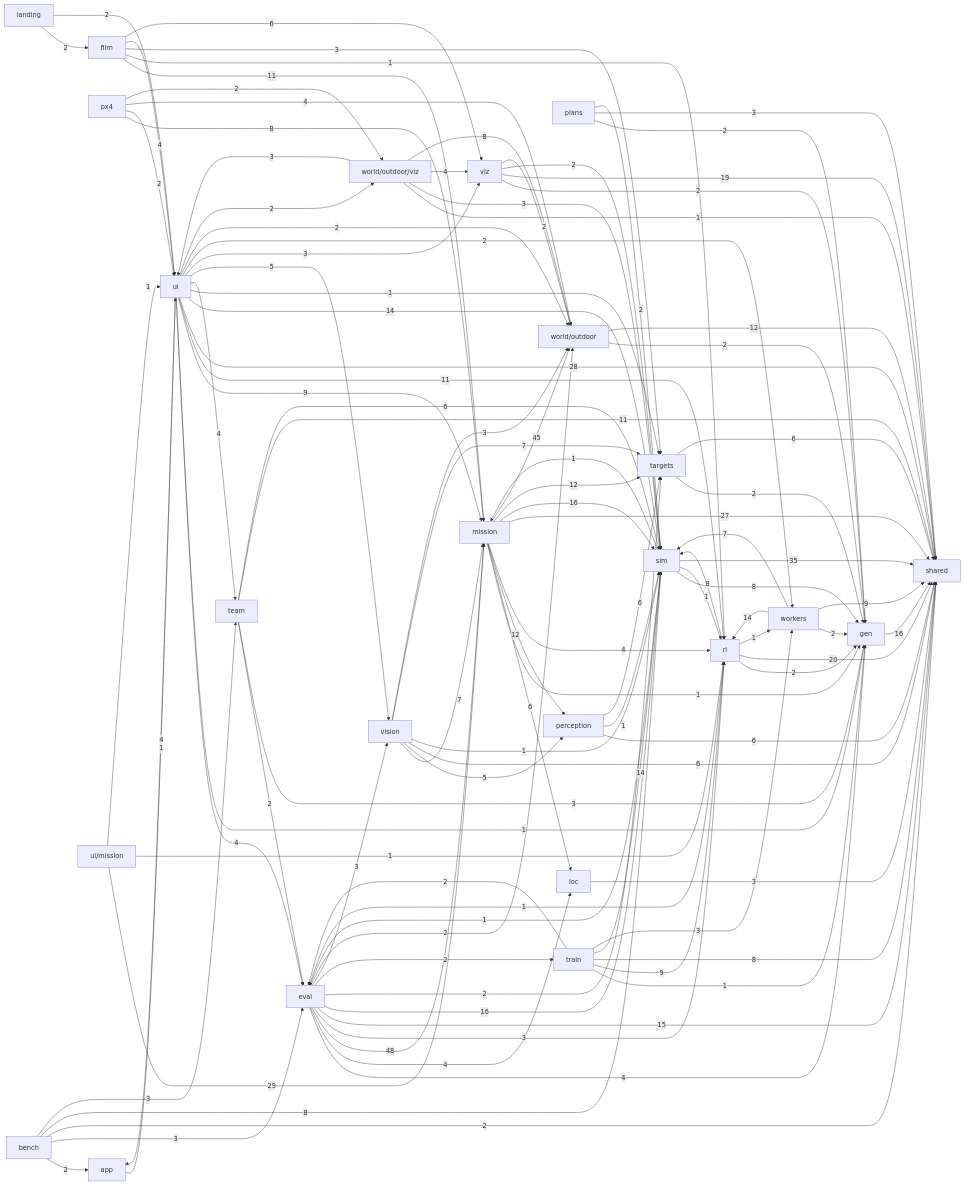
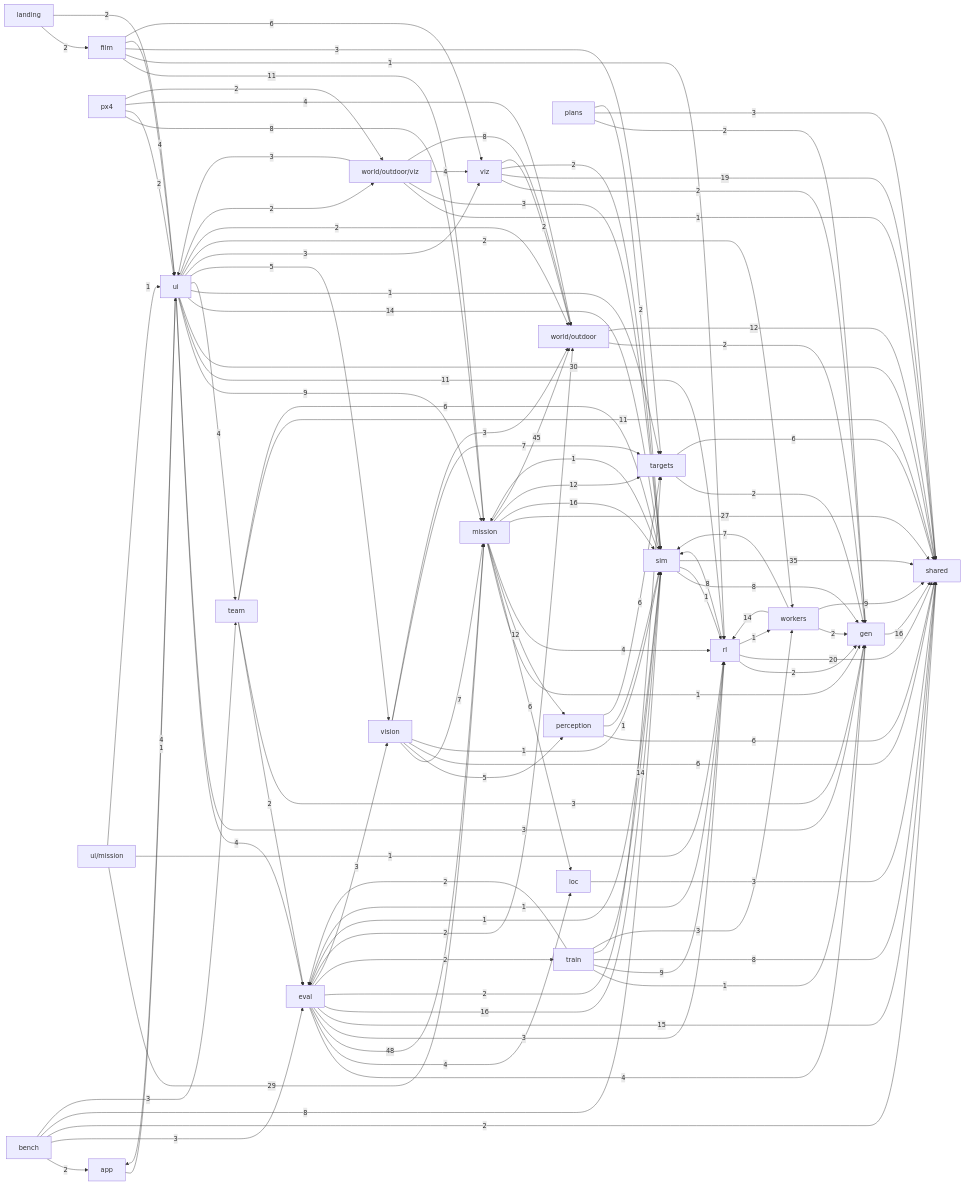
Before and after one commit to alexnieves-cs/frontier-fly: the second of 2 diagrams in docs/ARCHITECTURE.md, drawn with Mermaid. The commit also changed other lines of this file and 9 other files, not shown here.

```diff
--- a/docs/ARCHITECTURE.md
+++ b/docs/ARCHITECTURE.md
@@ -170,10 +170,10 @@
   ui_mission -->|1| ui
   ui -->|4| app
   ui -->|4| eval
-  ui -->|1| gen
+  ui -->|3| gen
   ui -->|9| mission
   ui -->|11| rl
-  ui -->|28| shared
+  ui -->|30| shared
   ui -->|14| sim
   ui -->|1| targets
   ui -->|4| team
```
